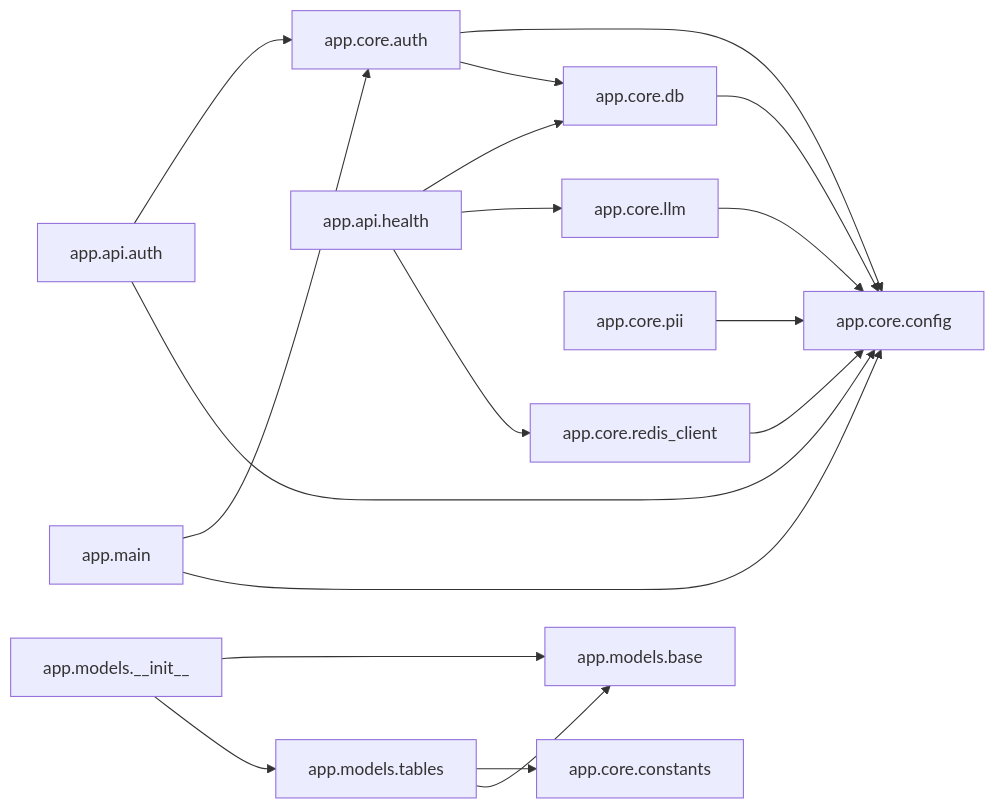
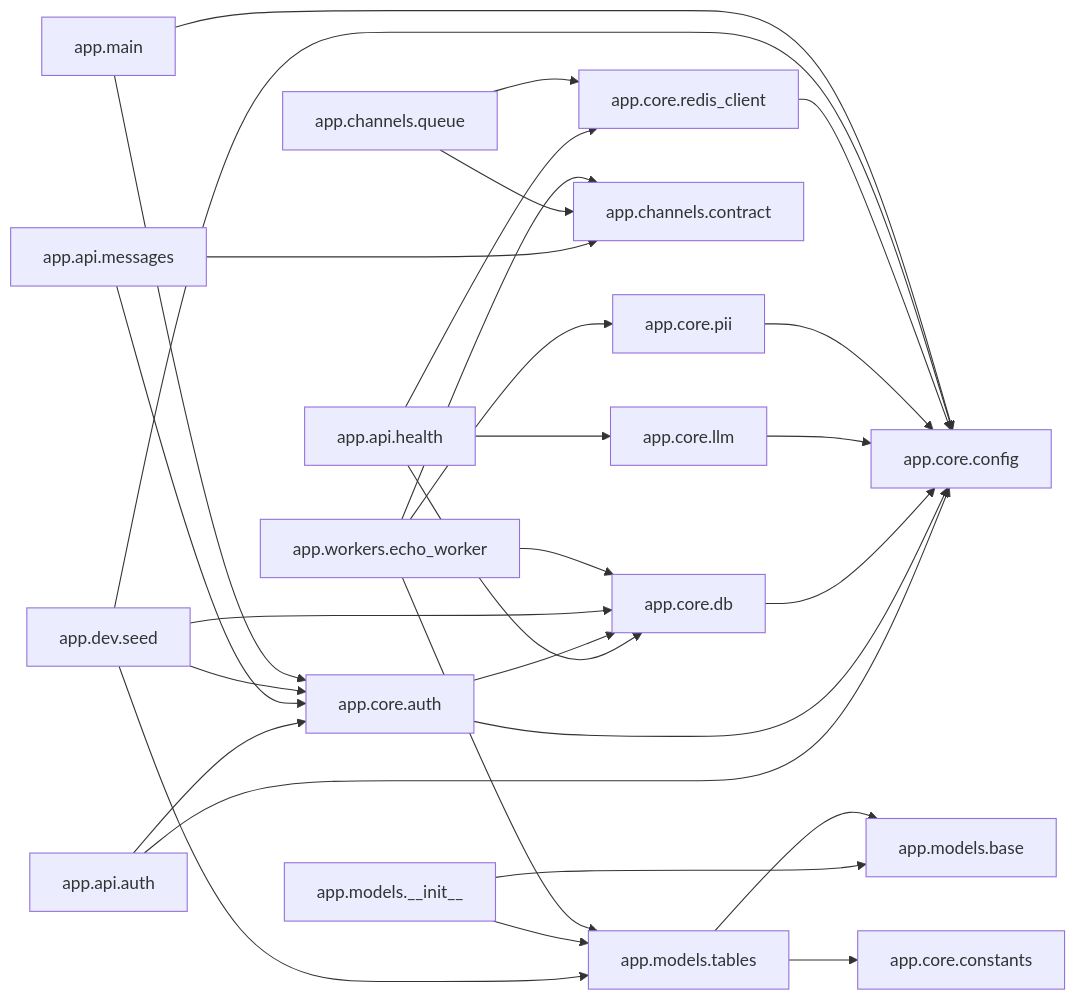
The diagram in docs/wiki/CODEMAP.md (abhisheksharma001/Vachan-ai), drawn with Mermaid before and after one commit. The commit also changed other lines of this file and 11 other files, not shown here.

First line of the commit message:
Finish Phase 0: real message pipeline (web→ingress→queue→worker→echo)

````diff
--- a/docs/wiki/CODEMAP.md
+++ b/docs/wiki/CODEMAP.md
@@ -12,20 +12,32 @@
 ```mermaid
 graph LR
   app_api_auth[app.api.auth] --> app_core_auth[app.core.auth]
   app_api_auth[app.api.auth] --> app_core_config[app.core.config]
   app_api_health[app.api.health] --> app_core_db[app.core.db]
   app_api_health[app.api.health] --> app_core_llm[app.core.llm]
   app_api_health[app.api.health] --> app_core_redis_client[app.core.redis_client]
+  app_api_messages[app.api.messages] --> app_channels_contract[app.channels.contract]
+  app_api_messages[app.api.messages] --> app_core_auth[app.core.auth]
+  app_channels_queue[app.channels.queue] --> app_channels_contract[app.channels.contract]
+  app_channels_queue[app.channels.queue] --> app_core_redis_client[app.core.redis_client]
   app_core_auth[app.core.auth] --> app_core_config[app.core.config]
   app_core_auth[app.core.auth] --> app_core_db[app.core.db]
   app_core_db[app.core.db] --> app_core_config[app.core.config]
   app_core_llm[app.core.llm] --> app_core_config[app.core.config]
   app_core_pii[app.core.pii] --> app_core_config[app.core.config]
   app_core_redis_client[app.core.redis_client] --> app_core_config[app.core.config]
+  app_dev_seed[app.dev.seed] --> app_core_auth[app.core.auth]
+  app_dev_seed[app.dev.seed] --> app_core_config[app.core.config]
+  app_dev_seed[app.dev.seed] --> app_core_db[app.core.db]
+  app_dev_seed[app.dev.seed] --> app_models_tables[app.models.tables]
   app_main[app.main] --> app_core_auth[app.core.auth]
   app_main[app.main] --> app_core_config[app.core.config]
   app_models___init__[app.models.__init__] --> app_models_base[app.models.base]
   app_models___init__[app.models.__init__] --> app_models_tables[app.models.tables]
   app_models_tables[app.models.tables] --> app_core_constants[app.core.constants]
   app_models_tables[app.models.tables] --> app_models_base[app.models.base]
+  app_workers_echo_worker[app.workers.echo_worker] --> app_channels_contract[app.channels.contract]
+  app_workers_echo_worker[app.workers.echo_worker] --> app_core_db[app.core.db]
+  app_workers_echo_worker[app.workers.echo_worker] --> app_core_pii[app.core.pii]
+  app_workers_echo_worker[app.workers.echo_worker] --> app_models_tables[app.models.tables]
 ```
````
